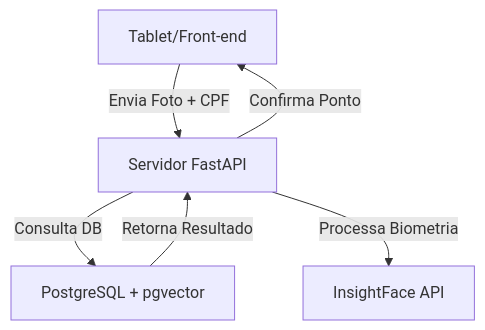
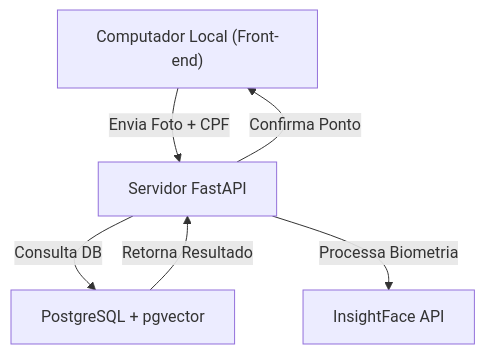
Before and after one commit to marcio-dev-fullstack/Folha-de-Ponto: the diagram in README.md, drawn with Mermaid. The commit also changed other lines of this file, not shown here.

Commit message:
Commit inicial

````diff
--- a/README.md
+++ b/README.md
@@ -33,9 +33,9 @@
 ```mermaid
 graph TD
-    A["Tablet/Front-end"] -->|Envia Foto + CPF| B["Servidor FastAPI"]
+    A["Computador Local (Front-end)"] -->|Envia Foto + CPF| B["Servidor FastAPI"]
     B -->|Consulta DB| C["PostgreSQL + pgvector"]
     B -->|Processa Biometria| D["InsightFace API"]
     C -->|Retorna Resultado| B
     B -->|Confirma Ponto| A
 
 ```
````
